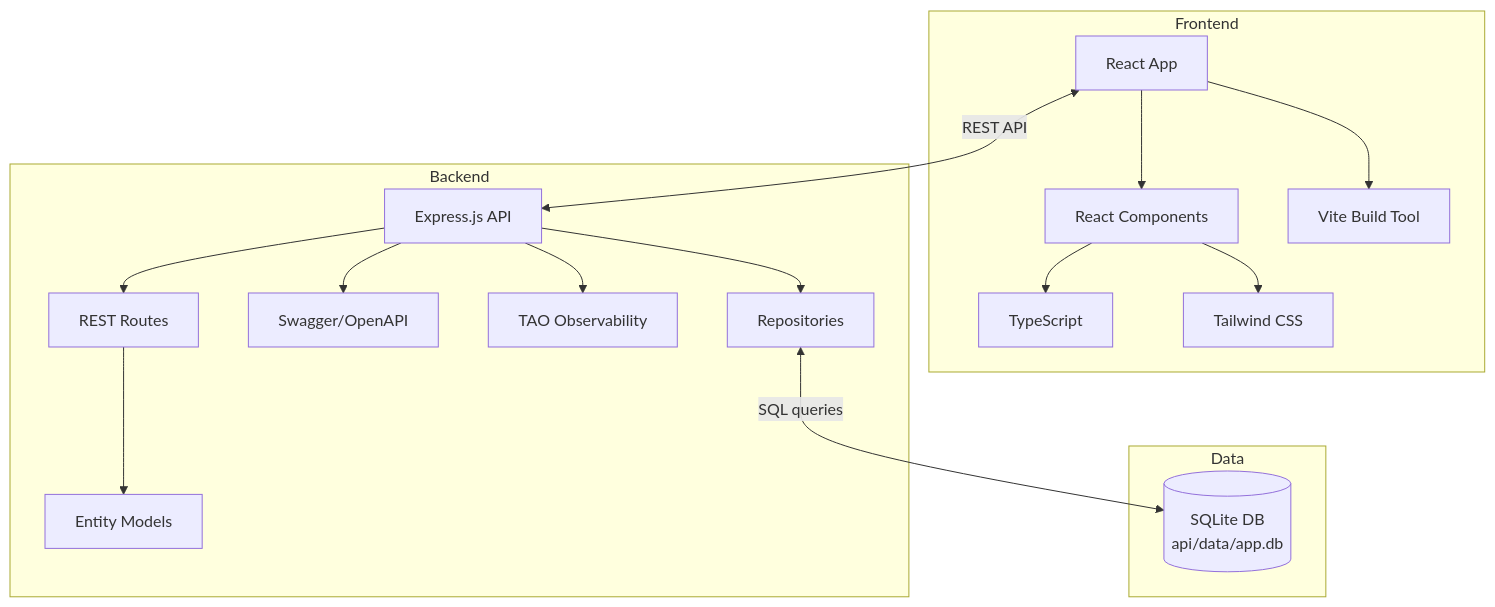
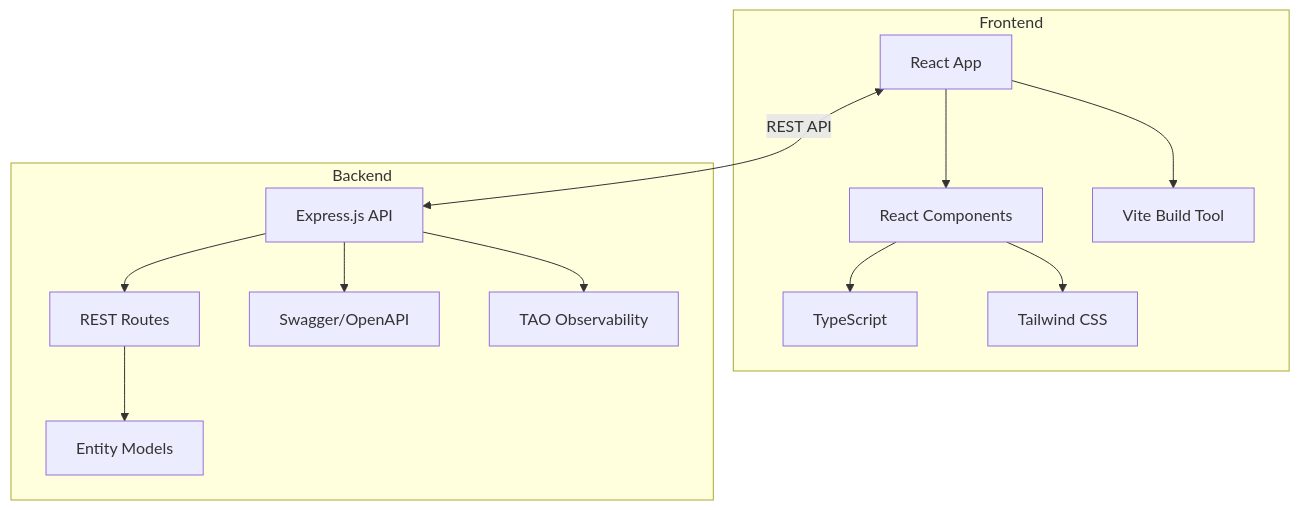
The second of 2 diagrams in docs/architecture.md (colincmac/ghcp-demo-1), drawn with Mermaid before and after one commit. The commit also changed other lines of this file and 108 other files, not shown here.

````diff
--- a/docs/architecture.md
+++ b/docs/architecture.md
@@ -42,23 +38,18 @@
 ```mermaid
 flowchart TD
     subgraph "Frontend"
         F[React App] --> FC[React Components]
         FC --> FT[TypeScript]
         FC --> FCSS[Tailwind CSS]
         F --> FV[Vite Build Tool]
     end
     
     subgraph "Backend"
         B[Express.js API] --> BR[REST Routes]
         BR --> BM[Entity Models]
         B --> BS[Swagger/OpenAPI]
         B --> BO[TAO Observability]
-        B --> R[Repositories]
     end
-    subgraph "Data"
-        D[(SQLite DB\napi/data/app.db)]
-    end
-
-    R <--SQL queries--> D
+    
     F <--REST API--> B
 ```
````
